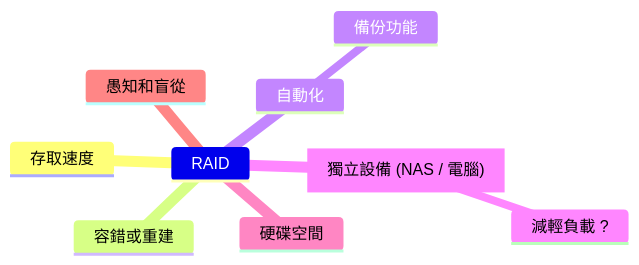
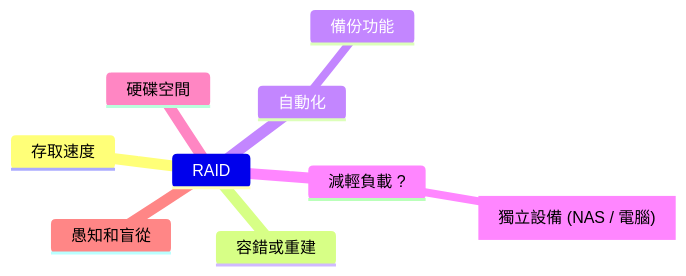
Before and after one commit to lankahsu520/HelperX: the first of 5 diagrams in helper_BackupAndRAID.md, drawn with Mermaid. The commit also changed other lines of this file, not shown here.

````diff
--- a/helper_BackupAndRAID.md
+++ b/helper_BackupAndRAID.md
@@ -43,12 +43,12 @@
 ```mermaid
 mindmap
 	RAID
 		存取速度
 		容錯或重建
 		自動化
 			備份功能
-		獨立設備["獨立設備 (NAS / 電腦)"]
-			減輕負載 ?
+		減輕負載 ?
+			獨立設備["獨立設備 (NAS / 電腦)"]
 		硬碟空間
 		愚知和盲從
 ```
````
